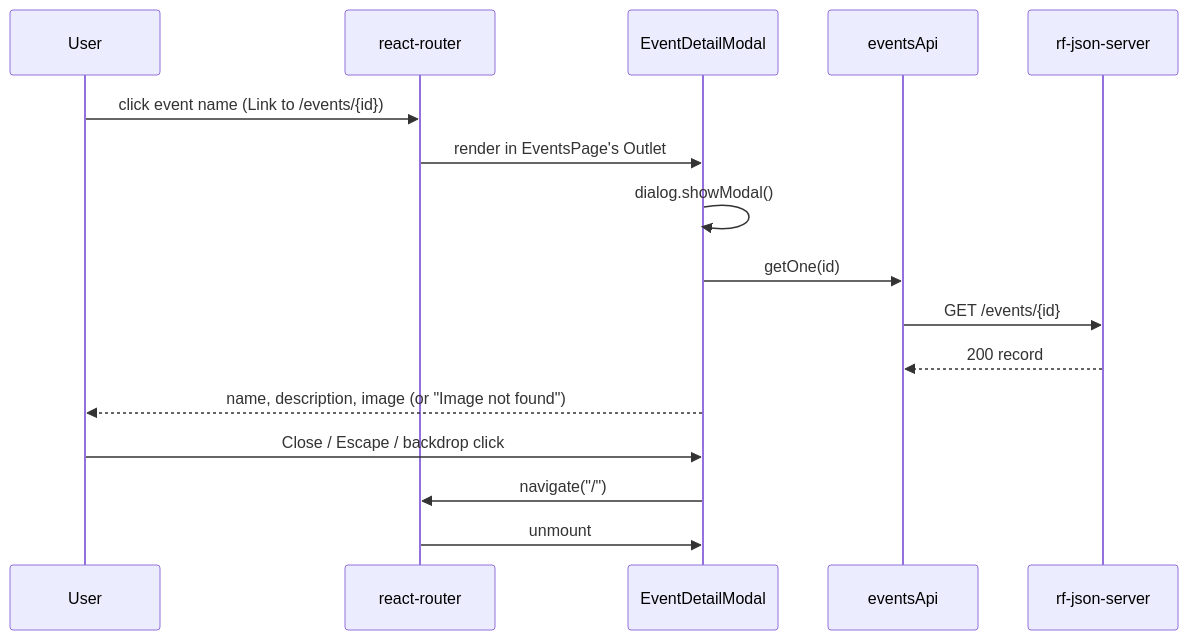
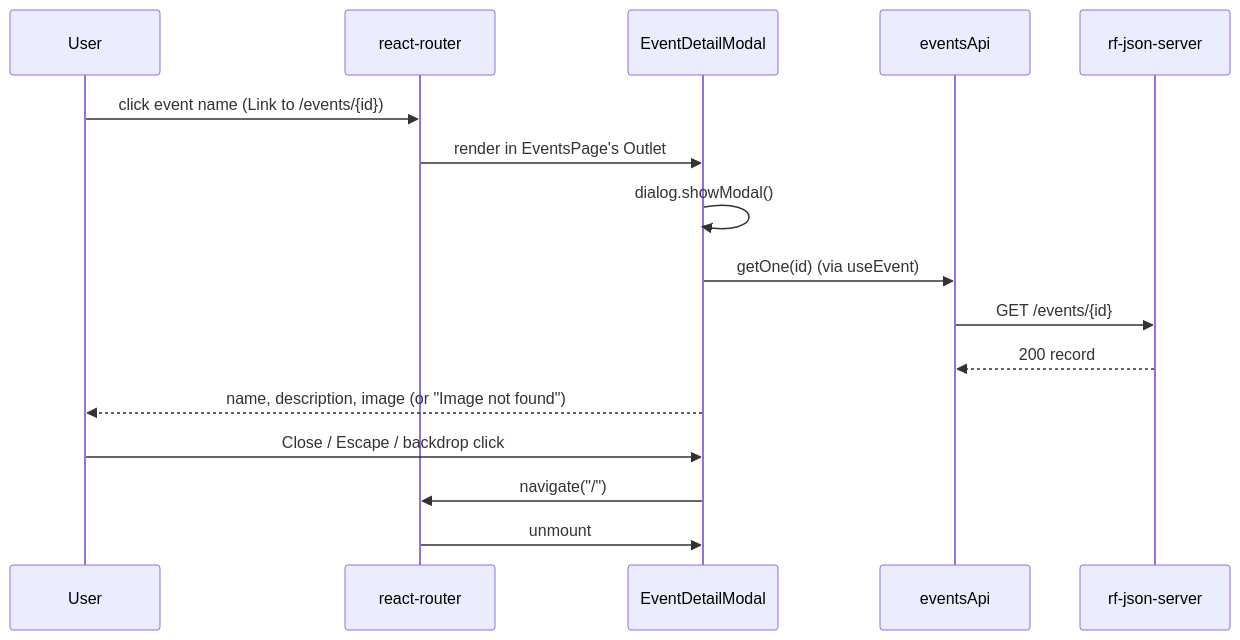
The seventh of 9 diagrams in docs/architecture.md (runningc1/events-app), drawn with Mermaid before and after one commit. The commit also changed other lines of this file and 18 other files, not shown here.

First line of the commit message:
Consolidate: useEvent hook, drop one-use helpers

````diff
--- a/docs/architecture.md
+++ b/docs/architecture.md
@@ -150,19 +152,19 @@
 ```mermaid
 sequenceDiagram
   participant U as User
   participant R as react-router
   participant M as EventDetailModal
   participant A as eventsApi
   participant S as rf-json-server
 
   U->>R: click event name (Link to /events/{id})
   R->>M: render in EventsPage's Outlet
   M->>M: dialog.showModal()
-  M->>A: getOne(id)
+  M->>A: getOne(id)  (via useEvent)
   A->>S: GET /events/{id}
   S-->>A: 200 record
   M-->>U: name, description, image (or "Image not found")
   U->>M: Close / Escape / backdrop click
   M->>R: navigate("/")
   R->>M: unmount
 ```
````
